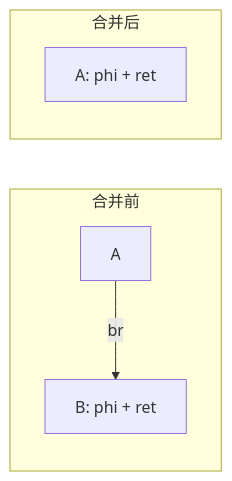
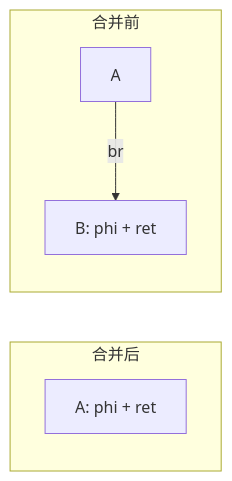
Before and after one commit to lightsmilew/compiler-principles: the second of 3 diagrams in docs/optim/ir-cfg-simplify.md, drawn with Mermaid. The commit also changed other lines of this file and 36 other files, not shown here.

````diff
--- a/docs/optim/ir-cfg-simplify.md
+++ b/docs/optim/ir-cfg-simplify.md
@@ -89,9 +91,10 @@
 ```mermaid
+%% 同上：先写「合并后」，渲染出来才是上=合并前、下=合并后。
 flowchart LR
+  subgraph 合并后
+    A2[A: phi + ret]
+  end
   subgraph 合并前
     A1[A] -- br --> B1[B: phi + ret]
   end
-  subgraph 合并后
-    A2[A: phi + ret]
-  end
 ```
````
